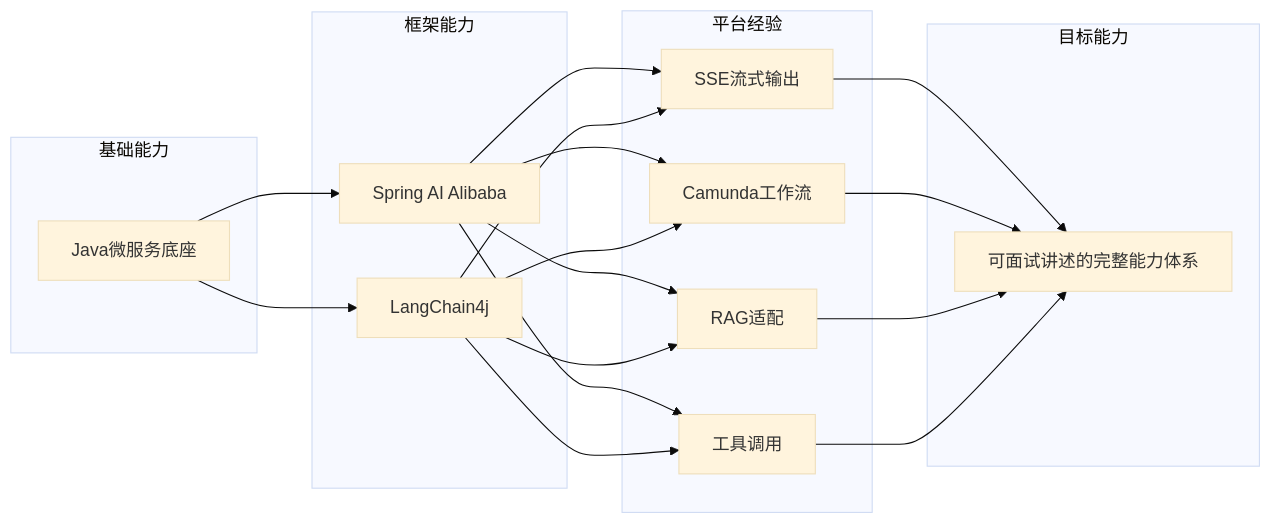
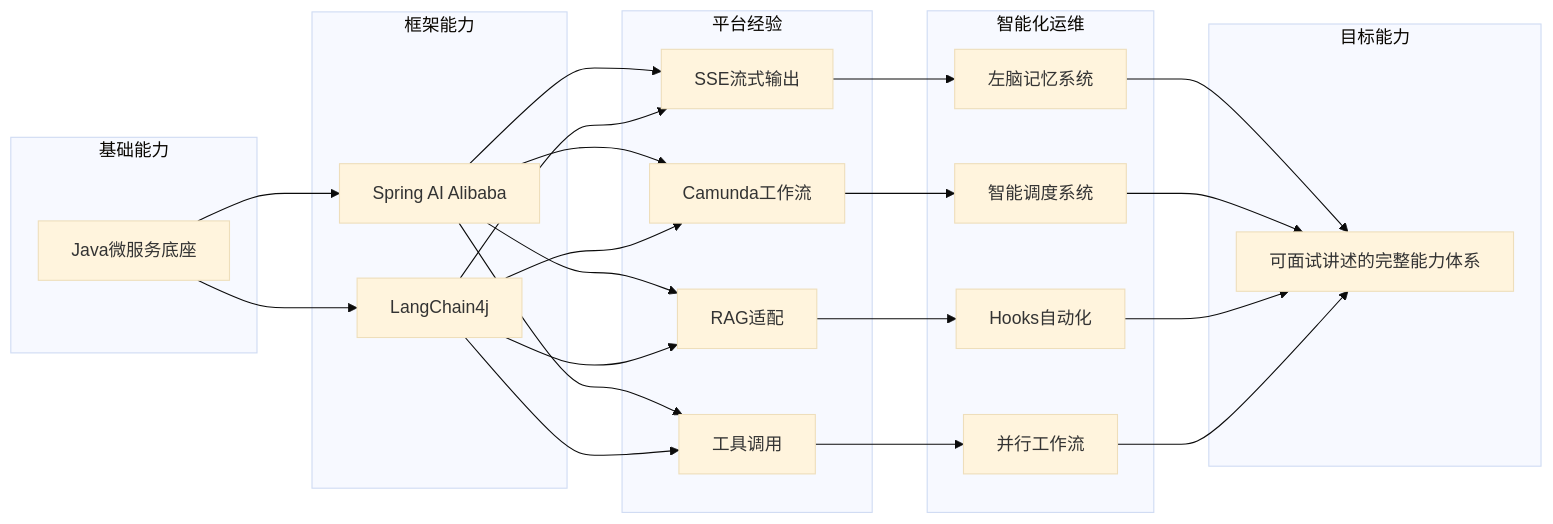
Before and after one commit to H2546285967/AiCode: the second of 11 diagrams in .qoder/repowiki/zh/content/项目概览/项目概览.md, drawn with Mermaid (base theme). The commit also changed other lines of this file and 108 other files, not shown here.

````diff
--- a/.qoder/repowiki/zh/content/项目概览/项目概览.md
+++ b/.qoder/repowiki/zh/content/项目概览/项目概览.md
@@ -72,33 +103,43 @@
 ```mermaid
 flowchart LR
 subgraph "基础能力"
 J1["Java微服务底座"]
 end
 subgraph "框架能力"
 F1["Spring AI Alibaba"]
 F2["LangChain4j"]
 end
 subgraph "平台经验"
 P1["SSE流式输出"]
 P2["Camunda工作流"]
 P3["RAG适配"]
 P4["工具调用"]
 end
+subgraph "智能化运维"
+I1["左脑记忆系统"]
+I2["智能调度系统"]
+I3["Hooks自动化"]
+I4["并行工作流"]
+end
 subgraph "目标能力"
 T1["可面试讲述的完整能力体系"]
 end
 J1 --> F1
 J1 --> F2
 F1 --> P1
 F1 --> P2
 F1 --> P3
 F1 --> P4
 F2 --> P1
 F2 --> P2
 F2 --> P3
 F2 --> P4
-P1 --> T1
-P2 --> T1
-P3 --> T1
-P4 --> T1
+P1 --> I1
+P2 --> I2
+P3 --> I3
+P4 --> I4
+I1 --> T1
+I2 --> T1
+I3 --> T1
+I4 --> T1
 ```
````
